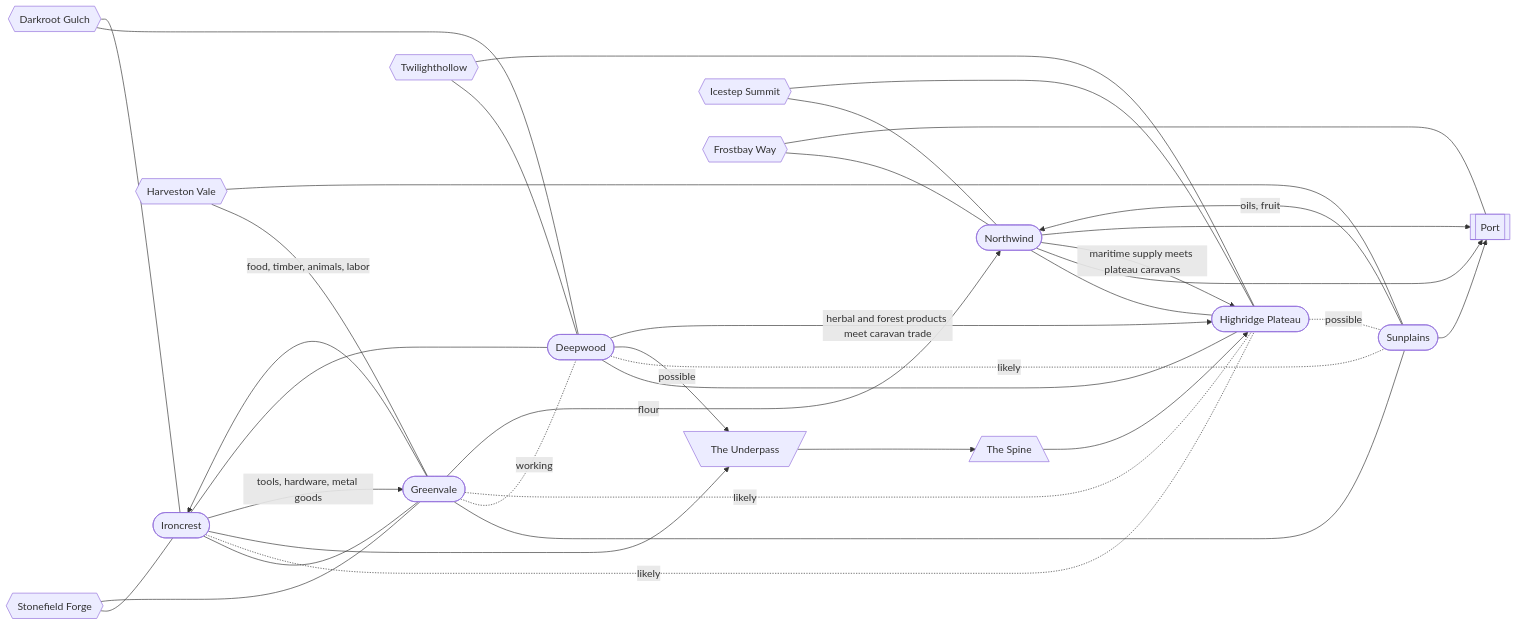
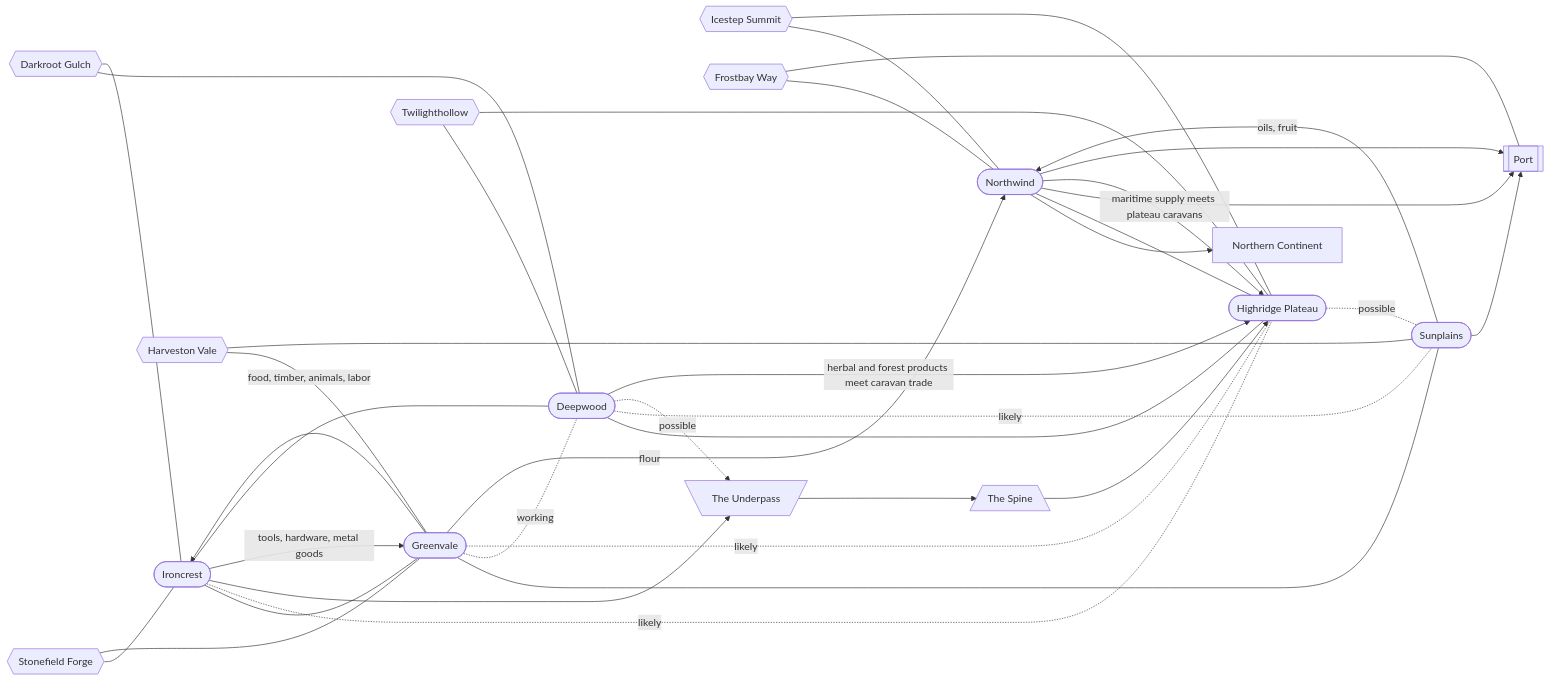
The diagram in atlas/regions/README.md (BigCatMellow/10Kings), drawn with Mermaid before and after one commit. The commit also changed other lines of this file and 14 other files, not shown here.

````diff
--- a/atlas/regions/README.md
+++ b/atlas/regions/README.md
@@ -113,53 +115,55 @@
 ```mermaid
 flowchart LR
   northwind(["Northwind"])
+  northern["Northern Continent"]
   ironcrest(["Ironcrest"])
   greenvale(["Greenvale"])
+  sunplains(["Sunplains"])
+  deepwood(["Deepwood"])
   highridge(["Highridge Plateau"])
-  deepwood(["Deepwood"])
-  sunplains(["Sunplains"])
-  port[["Port"]]
-  spine[/"The Spine"\]
-  underpass[\"The Underpass"/]
   stonefield{{"Stonefield Forge"}}
   harveston{{"Harveston Vale"}}
   twilighthollow{{"Twilighthollow"}}
   icestep{{"Icestep Summit"}}
   darkroot{{"Darkroot Gulch"}}
   frostbay{{"Frostbay Way"}}
+  port[["Port"]]
+  underpass[\"The Underpass"/]
+  spine[/"The Spine"\]
+  northwind --> northern
   ironcrest --- greenvale
   greenvale --- sunplains
   deepwood --- highridge
   deepwood --- ironcrest
   northwind --- highridge
   ironcrest -.-|likely| highridge
   greenvale -.-|working| deepwood
   deepwood -.-|likely| sunplains
   greenvale -.-|likely| highridge
   highridge -.-|possible| sunplains
   stonefield --- ironcrest
   stonefield --- greenvale
   harveston --- greenvale
   harveston --- sunplains
   twilighthollow --- deepwood
   twilighthollow --- highridge
   icestep --- northwind
   icestep --- highridge
   darkroot --- deepwood
   darkroot --- ironcrest
   frostbay --- northwind
   frostbay --- port
   northwind --> port
   sunplains --> port
   underpass --> spine
   spine --> highridge
   ironcrest --> underpass
-  deepwood -->|possible| underpass
+  deepwood -.->|possible| underpass
   greenvale -->|food, timber, animals, labor| ironcrest
   ironcrest -->|tools, hardware, metal goods| greenvale
   greenvale -->|flour| northwind
   sunplains -->|oils, fruit| northwind
   deepwood -->|herbal and forest products meet caravan trade| highridge
   northwind -->|maritime supply meets plateau caravans| highridge
   northwind --> port
 ```
````
